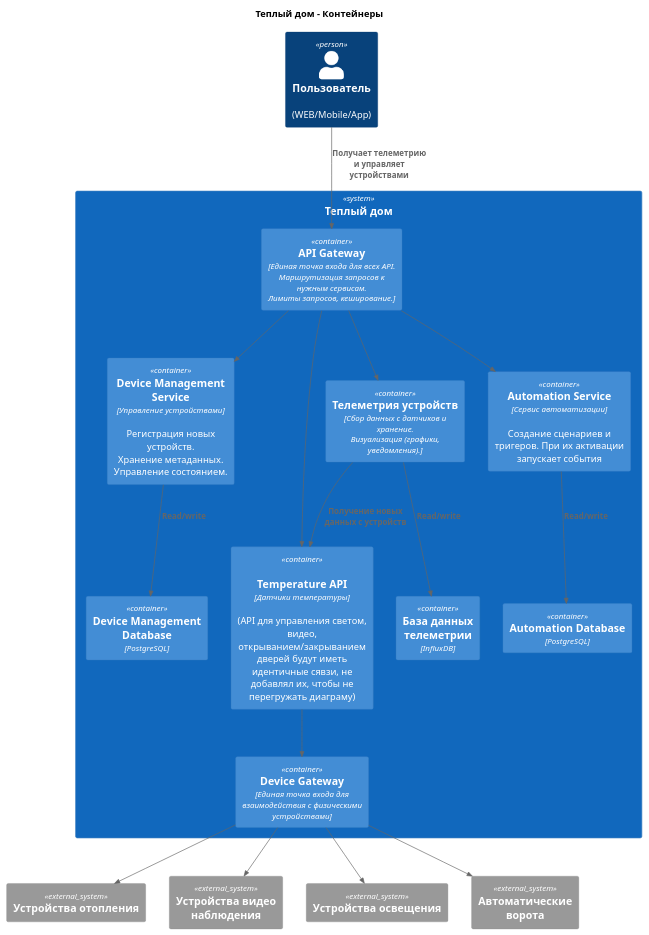
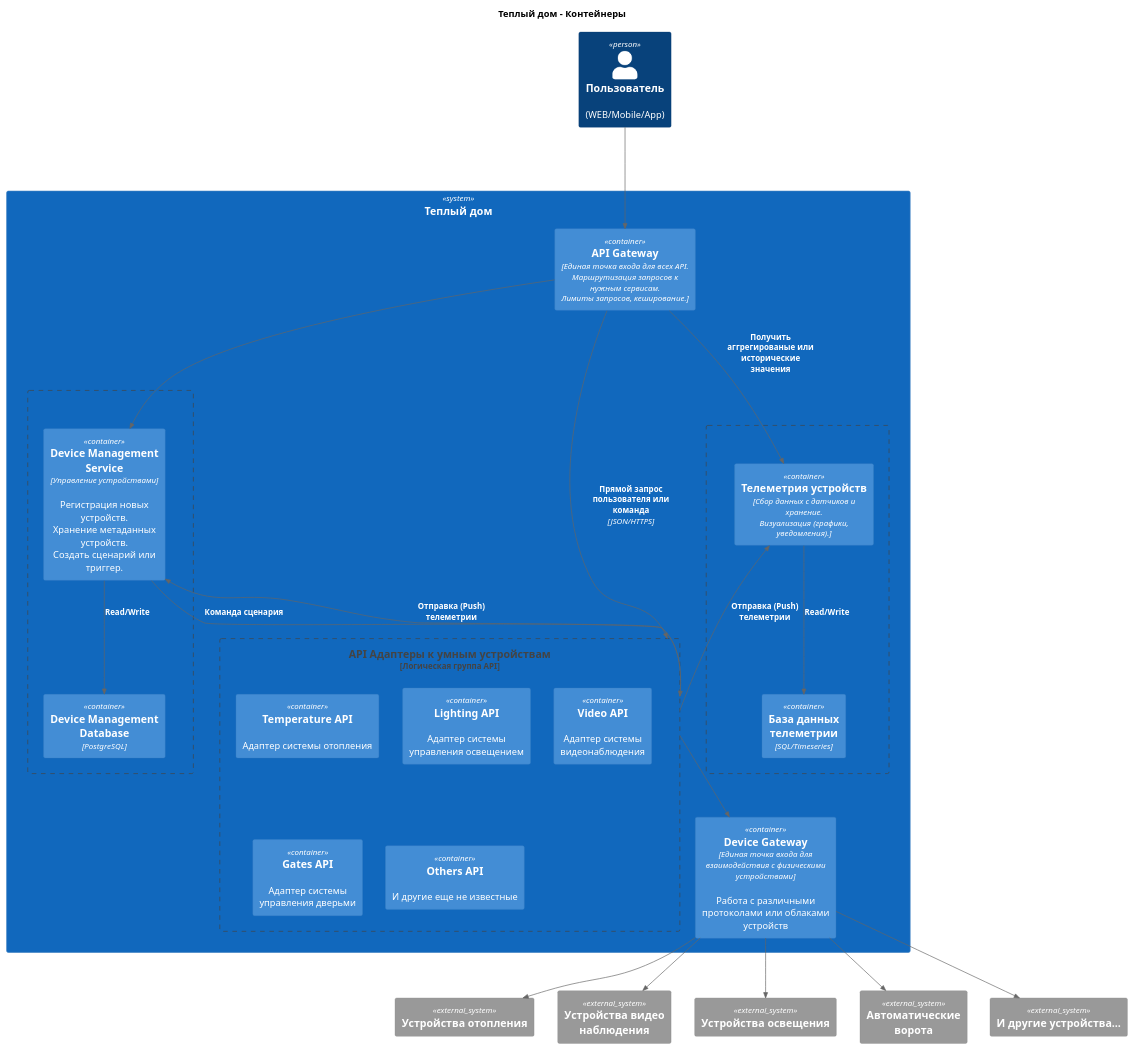
One commit to bugurshik/warmhouse_practicum changed the diagram in diagrams/containers/TO_BE_containers.puml. Above: the diagram before and after it, drawn with PlantUML. The commit also changed 12 other files, not shown here.

```diff
--- a/diagrams/containers/TO_BE_containers.puml
+++ b/diagrams/containers/TO_BE_containers.puml
@@ -1,50 +1,69 @@
 @startuml Temperature API - Context Diagram
 !include https://raw.githubusercontent.com/plantuml-stdlib/C4-PlantUML/master/C4_Container.puml
 
 title Теплый дом - Контейнеры
+skinparam Arrow  {
+  FontColor #ffffff
+}
 
 Person(user, "Пользователь", "(WEB/Mobile/App)")
 System(api_system, "Теплый дом") {
     Container(gateway, "API Gateway", "Единая точка входа для всех API.\nМаршрутизация запросов к нужным сервисам.\nЛимиты запросов, кеширование.")
     
-    Container(temperature, "Temperature API", "Датчики температуры", "(API для управления светом, видео, открыванием/закрыванием дверей будут иметь идентичные сявзи, не добавлял их, чтобы не перегружать диаграму)", "Go")
+    Boundary(iot_adapters_group, "API Адаптеры к умным устройствам", "Логическая группа API"){
+      Container(temperature, "Temperature API", "", "Адаптер системы отопления")
+      Container(lighting, "Lighting API", "", "Адаптер системы управления освещением")
+      Container(video, "Video API", "", "Адаптер системы видеонаблюдения")
+      Container(gates, "Gates API", "", "Адаптер системы управления дверьми")
+      Container(others, "Others API", "", "И другие еще не известные")
+    }
 
-    Container(devises, "Device Management Service", "Управление устройствами", "Регистрация новых устройств.\nХранение метаданных.\nУправление состоянием.")
-    Container(devises_db, "Device Management Database","PostgreSQL")
+    Boundary(a,""){
+      Container(devises, "Device Management Service", "Управление устройствами", "Регистрация новых устройств.\nХранение метаданных устройств.\nСоздать сценарий или триггер.")
+      Container(devises_db, "Device Management Database","PostgreSQL")
+    }
+     
+    Boundary(b,""){
+      Container(telemetry, "Телеметрия устройств", "Сбор данных с датчиков и хранение.\nВизуализация (графики, уведомления).")
+      Container(telemetry_db, "База данных телеметрии", "SQL/Timeseries")
+    }
 
-    Container(telemetry, "Телеметрия устройств", "Сбор данных с датчиков и хранение.\nВизуализация (графики, уведомления).")
-    Container(telemetry_db, "База данных телеметрии", "InfluxDB")
-    
-    Container(automation, "Automation Service", "Сервис автоматизации","Создание сценариев и тригеров. При их активации запускает события")
-    Container(automation_db, "Automation Database","PostgreSQL")
-
-    Container(devise_gateway, "Device Gateway", "Единая точка входа для взаимодействия с физическими устройствами")
+    Container(devise_gateway, "Device Gateway", "Единая точка входа для взаимодействия с физическими устройствами", "Работа с различными протоколами или облаками устройств")
 }
 
 System_Ext(temperature_iot, "Устройства отопления","")
 System_Ext(video_iot, "Устройства видео наблюдения","")
 System_Ext(lighting_iot, "Устройства освещения","")
 System_Ext(automatic_gates_iot, "Автоматические ворота","")
+System_Ext(other_iot, "И другие устройства...","")
 
 ' Связи
 
 Rel(user, gateway, "Получает телеметрию и управляет устройствами")
 
+Rel(gateway, iot_adapters_group, "Прямой запрос пользователя или команда", "JSON/HTTPS")
+Rel(devises, iot_adapters_group, "Команда сценария")
+
 Rel(gateway, devises, "")
-Rel(gateway, automation, "")
-Rel(gateway, temperature, "")
-Rel(gateway, telemetry, "")
+Rel(gateway, telemetry, "Получить аггрегированые или исторические значения")
 
-Rel(telemetry, temperature, "Получение новых данных с устройств")
-Rel(devises, devises_db, "Read/write")
-Rel(automation, automation_db, "Read/write")
-Rel(telemetry, telemetry_db, "Read/write")
-Rel(temperature, devise_gateway, "")
+Rel(devises, devises_db, "Read/Write")
+Rel(telemetry, telemetry_db, "Read/Write")
 
+Rel_R(iot_adapters_group, telemetry, "Отправка (Push) телеметрии")
+Rel_L(iot_adapters_group, devises, "Отправка (Push) телеметрии")
+Rel_D(iot_adapters_group, devise_gateway, "")
 
 Rel(devise_gateway, temperature_iot, "")
 Rel(devise_gateway, video_iot, "")
 Rel(devise_gateway, lighting_iot, "")
+Rel(devise_gateway, other_iot, "")
 Rel(devise_gateway, automatic_gates_iot, "")
 
+Lay_L(a, b)
+Lay_D(a, iot_adapters_group)
+Lay_D(b, iot_adapters_group)
+Lay_D(iot_adapters_group, devise_gateway)
+Lay_U(iot_adapters_group, gateway)
+
 @enduml
```
